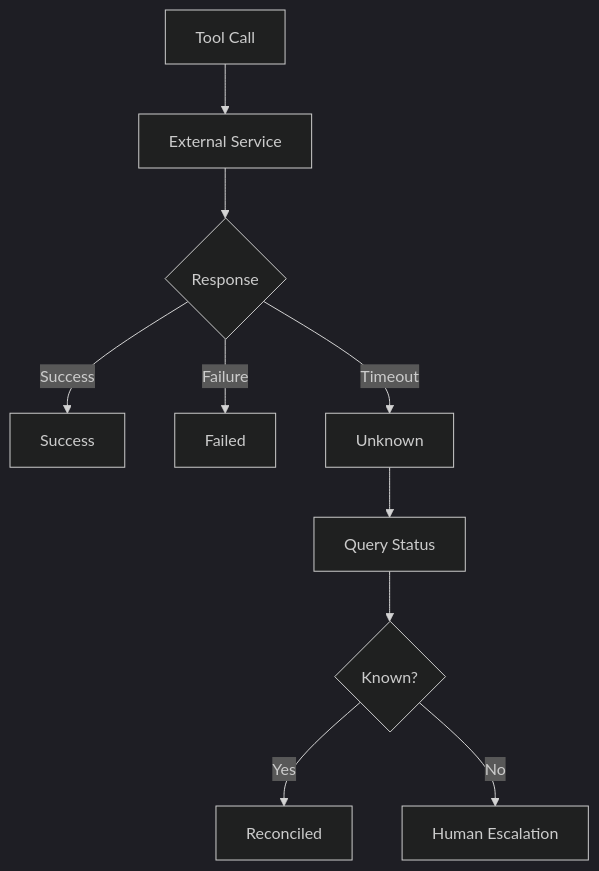
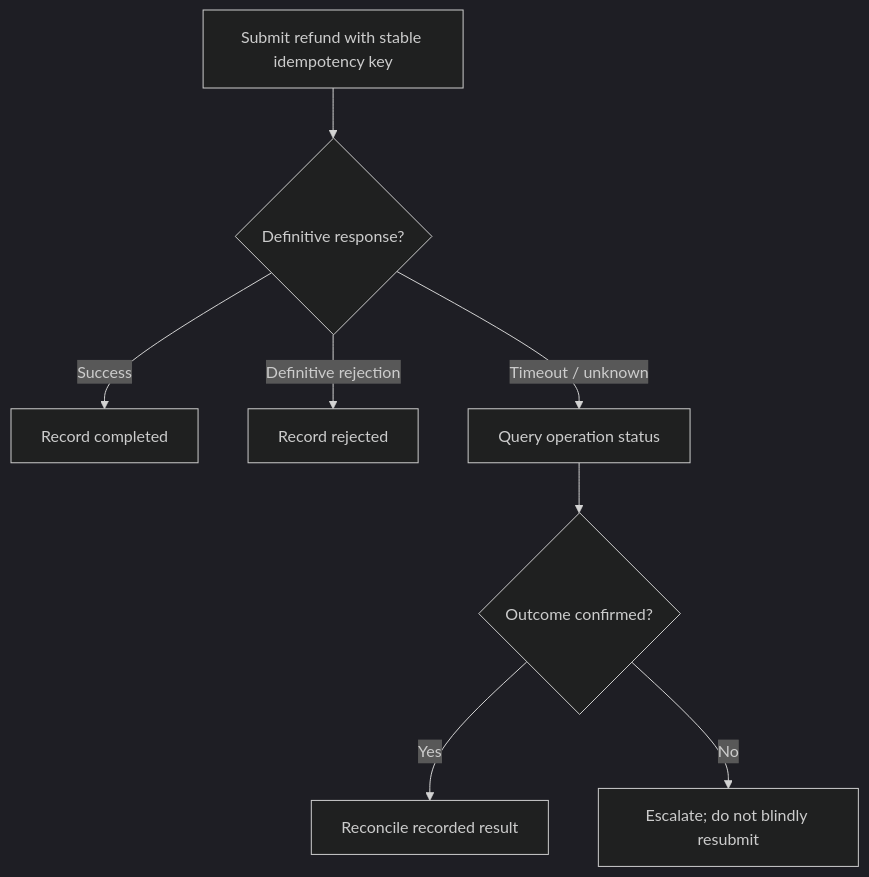
One commit to MihirKJha/enterprise-ai-engineering-handbook changed the fourth of 5 diagrams in docs/08-ai-engineering-frameworks/langgraph/22-langgraph-tool-execution.md. Above: the diagram before and after it, drawn with Mermaid (dark theme). The commit also changed other lines of this file and 10 other files, not shown here.

````diff
--- a/docs/08-ai-engineering-frameworks/langgraph/22-langgraph-tool-execution.md
+++ b/docs/08-ai-engineering-frameworks/langgraph/22-langgraph-tool-execution.md
@@ -2255,21 +231,10 @@
 ```mermaid
 flowchart TD
-
-    A[Tool Call] --> B[External Service]
-
-    B --> C{Response}
-
-    C -->|Success| D[Success]
-
-    C -->|Failure| E[Failed]
-
-    C -->|Timeout| F[Unknown]
-
-    F --> G[Query Status]
-
-    G --> H{Known?}
-
-    H -->|Yes| I[Reconciled]
-
-    H -->|No| J[Human Escalation]
+    A[Submit refund with stable idempotency key] --> B{Definitive response?}
+    B -->|Success| C[Record completed]
+    B -->|Definitive rejection| D[Record rejected]
+    B -->|Timeout / unknown| E[Query operation status]
+    E --> F{Outcome confirmed?}
+    F -->|Yes| G[Reconcile recorded result]
+    F -->|No| H[Escalate; do not blindly resubmit]
 ```
````
